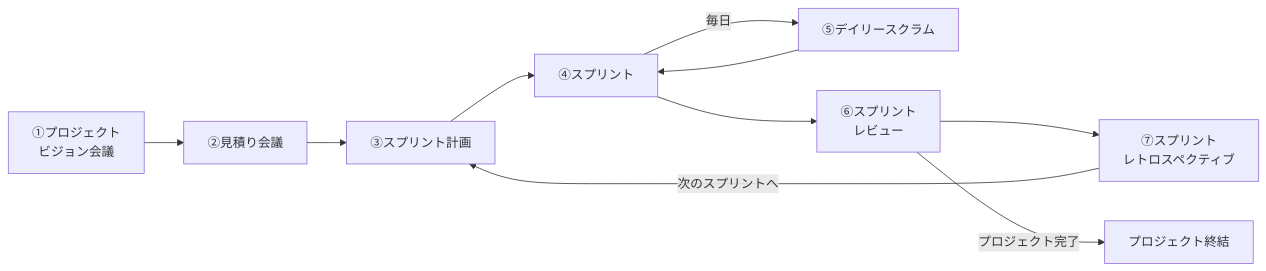
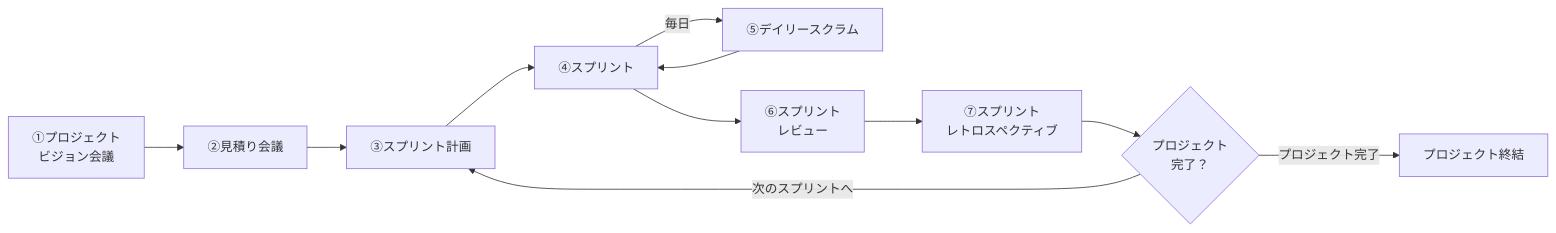
One commit to myoshi2891/Quality-Assurance-Studies changed the sixth of 10 diagrams in Iso-iec-29110-5-4-2025-beginner-guide.md. Above: the diagram before and after it, drawn with Mermaid.

Commit message:
docs(iso): ISO/IEC 29110-5-4 ガイドのフローチャートにプロジェクト完了判定を追加

````diff
--- a/Iso-iec-29110-5-4-2025-beginner-guide.md
+++ b/Iso-iec-29110-5-4-2025-beginner-guide.md
@@ -197,12 +197,13 @@
 ```mermaid
 flowchart LR
   E1["①プロジェクト<br/>ビジョン会議"] --> E2["②見積り会議"]
   E2 --> E3["③スプリント計画"]
   E3 --> E4["④スプリント"]
   E4 -->|"毎日"| E5["⑤デイリースクラム"]
   E5 --> E4
   E4 --> E6["⑥スプリント<br/>レビュー"]
   E6 --> E7["⑦スプリント<br/>レトロスペクティブ"]
-  E7 -->|"次のスプリントへ"| E3
-  E6 -->|"プロジェクト完了"| END["プロジェクト終結"]
+  E7 --> J{"プロジェクト<br/>完了？"}
+  J -->|"次のスプリントへ"| E3
+  J -->|"プロジェクト完了"| END["プロジェクト終結"]
 ```
````
